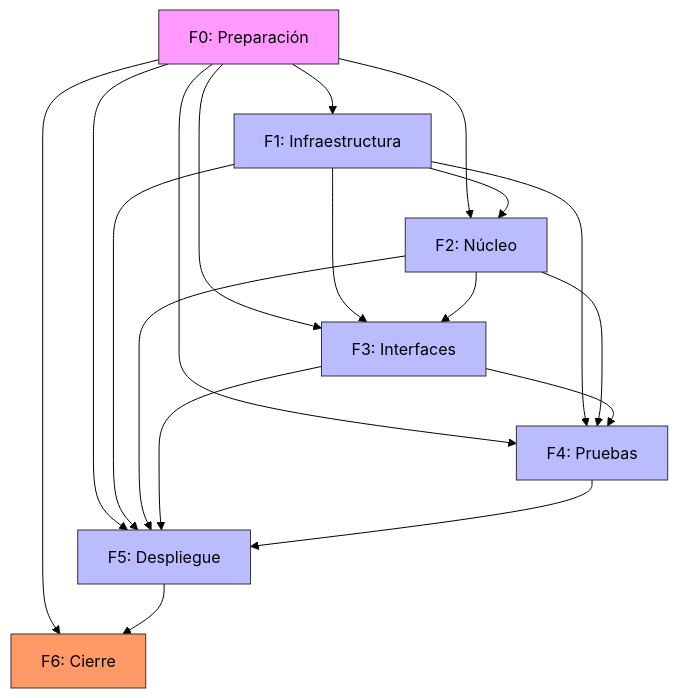
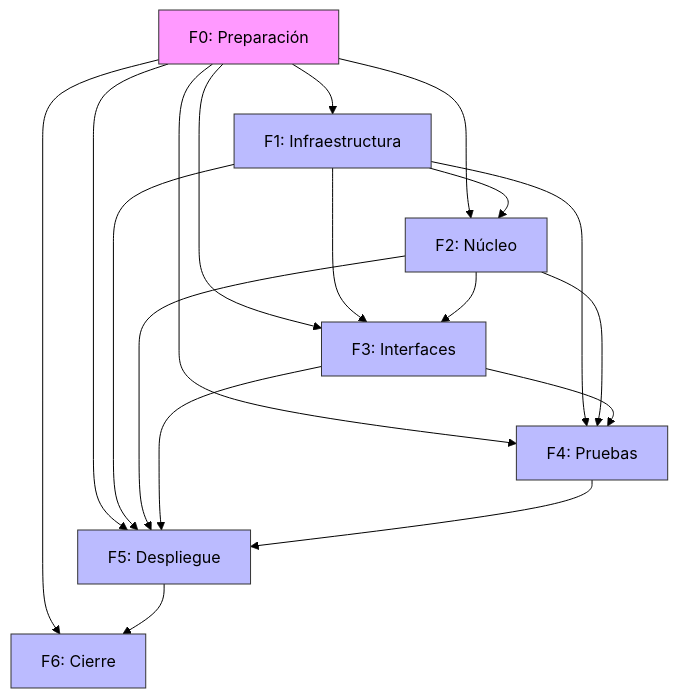
One commit to Fisherk2/dashboard-metabase-analiticas changed the first of 2 diagrams in docs/WORKFLOW.md. Above: the diagram before and after it, drawn with Mermaid (forest theme). The commit also changed other lines of this file and 4 other files, not shown here.

````diff
--- a/docs/WORKFLOW.md
+++ b/docs/WORKFLOW.md
@@ -182,40 +180,40 @@
 ```mermaid
 graph TD
     %% F0: Preparación
     F0[F0: Preparación] --> F1[F1: Infraestructura]
     F0 --> F2[F2: Núcleo]
     F0 --> F3[F3: Interfaces]
     F0 --> F4[F4: Pruebas]
     F0 --> F5[F5: Despliegue]
     F0 --> F6[F6: Cierre]
     
     %% F1: Infraestructura
     F1 --> F2
     F1 --> F3
     F1 --> F4
     F1 --> F5
     
     %% F2: Núcleo
     F2 --> F3
     F2 --> F4
     F2 --> F5
     
     %% F3: Interfaces
     F3 --> F4
     F3 --> F5
     
     %% F4: Pruebas
     F4 --> F5
     
     %% F5: Despliegue
     F5 --> F6
     
     %% Estilos
     style F0 fill:#f9f,stroke:#333
     style F1 fill:#bbf,stroke:#333
     style F2 fill:#bbf,stroke:#333
     style F3 fill:#bbf,stroke:#333
     style F4 fill:#bbf,stroke:#333
     style F5 fill:#bbf,stroke:#333
-    style F6 fill:#f96,stroke:#333
+    style F6 fill:#bbf,stroke:#333
 ```
````
